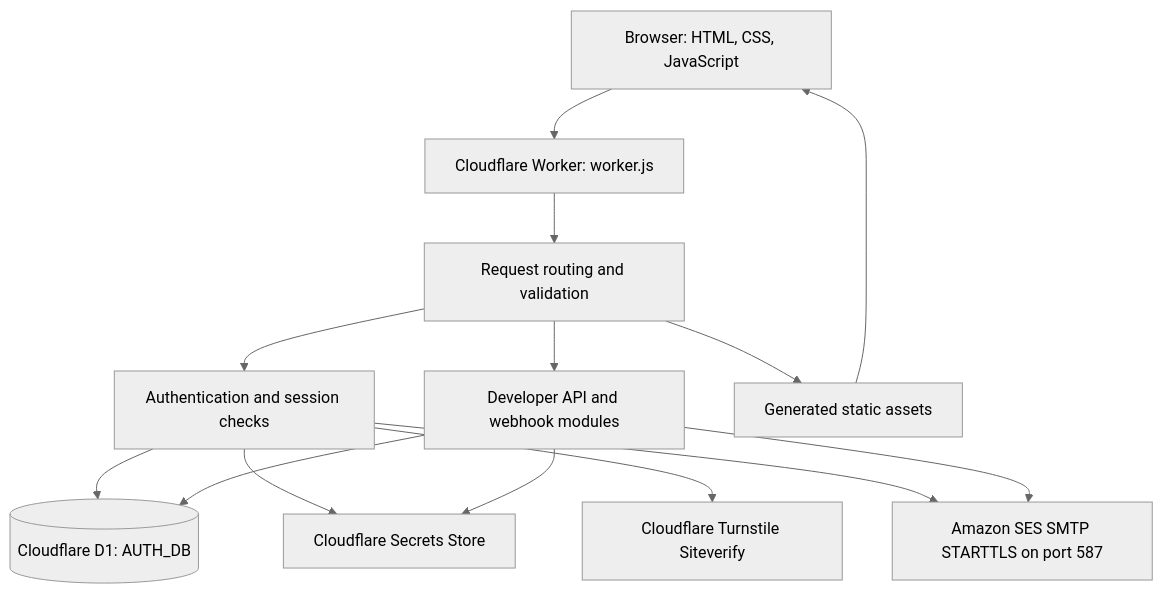
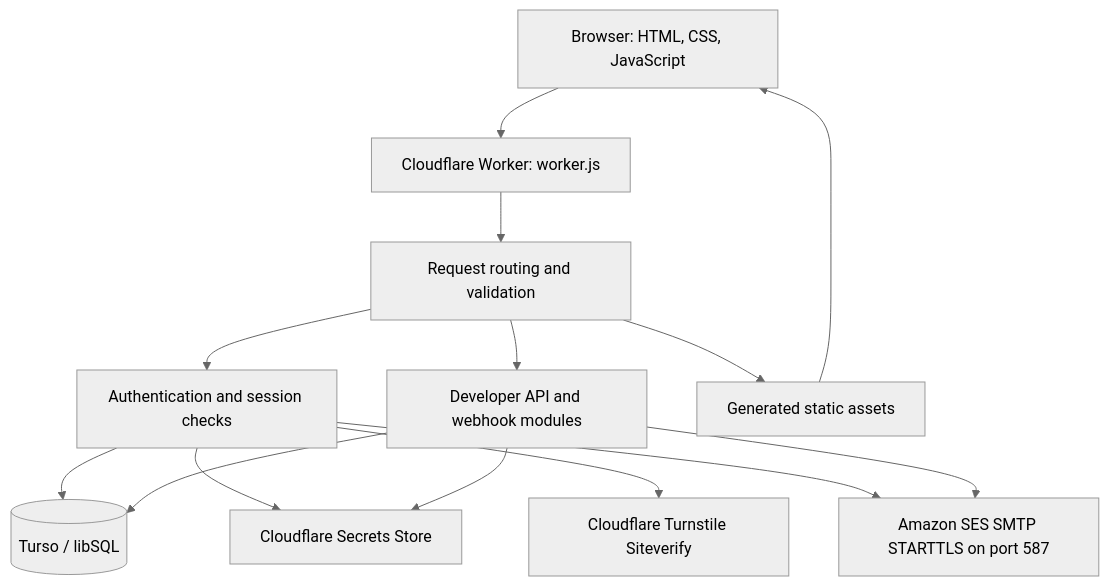
One commit to DevJel/LeadMASTER changed the fifth of 12 diagrams in README.md. Above: the diagram before and after it, drawn with Mermaid (neutral theme). The commit also changed other lines of this file, not shown here.

Commit message:
Update LeadMASTER architecture docs for Turso migration

```diff
--- a/README.md
+++ b/README.md
@@ -413,16 +413,16 @@
 ~~~mermaid
 flowchart TB
   Browser[Browser: HTML, CSS, JavaScript] --> Worker[Cloudflare Worker: worker.js]
   Worker --> Router[Request routing and validation]
   Router --> Auth[Authentication and session checks]
   Router --> API[Developer API and webhook modules]
   Router --> Static[Generated static assets]
-  Auth --> D1[(Cloudflare D1: AUTH_DB)]
-  API --> D1
+  Auth --> Turso[(Turso / libSQL)]
+  API --> Turso
   Auth --> Secrets[Cloudflare Secrets Store]
   API --> Secrets
   Auth --> Turnstile[Cloudflare Turnstile Siteverify]
   Auth --> SES[Amazon SES SMTP STARTTLS on port 587]
   API --> SES
   Static --> Browser
 ~~~
```
